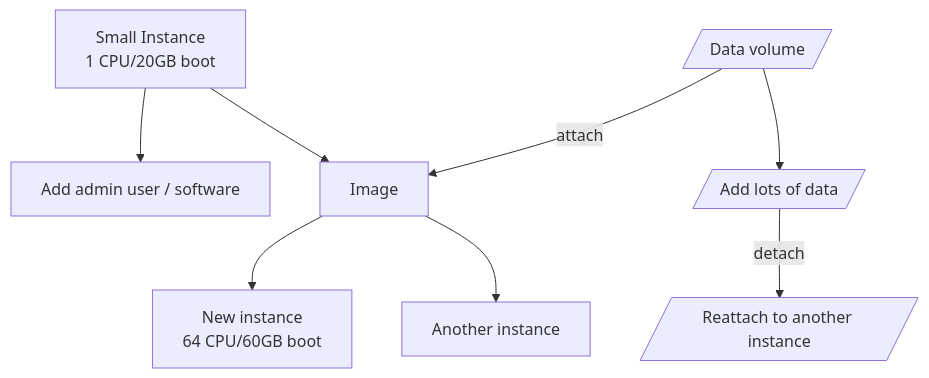
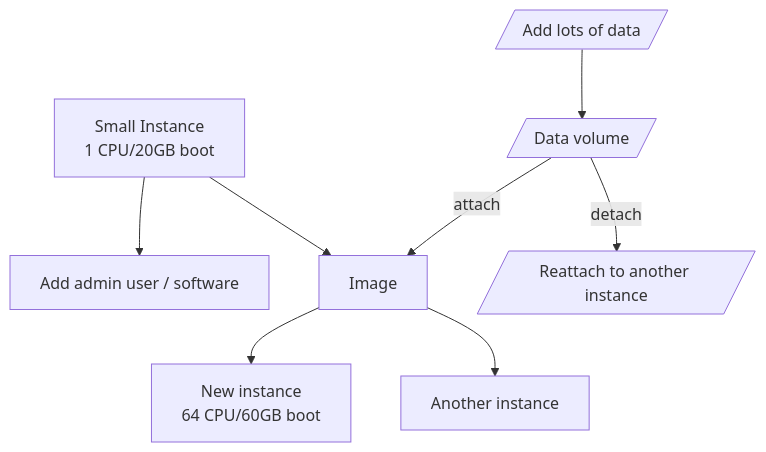
One commit to AntibodyEngineers/2024-Antibodies-and-AI changed the diagram in getting-started.md. Above: the diagram before and after it, drawn with Mermaid.

````diff
--- a/getting-started.md
+++ b/getting-started.md
@@ -7,10 +7,10 @@
 ```mermaid
     graph TD
     
     A[Small Instance<br/>1 CPU/20GB boot] --> B[Add admin user / software]
     A --> C[Image] --> D[New instance<br/>64 CPU/60GB boot]
     E[/Data volume/]
     E -- attach --> C
     C --> H[Another instance]
-    E --> F[/Add lots of data/] -- detach --> G[/Reattach to another instance/]
+    F[/Add lots of data/] --> E -- detach --> G[/Reattach to another instance/]
 ```
````
